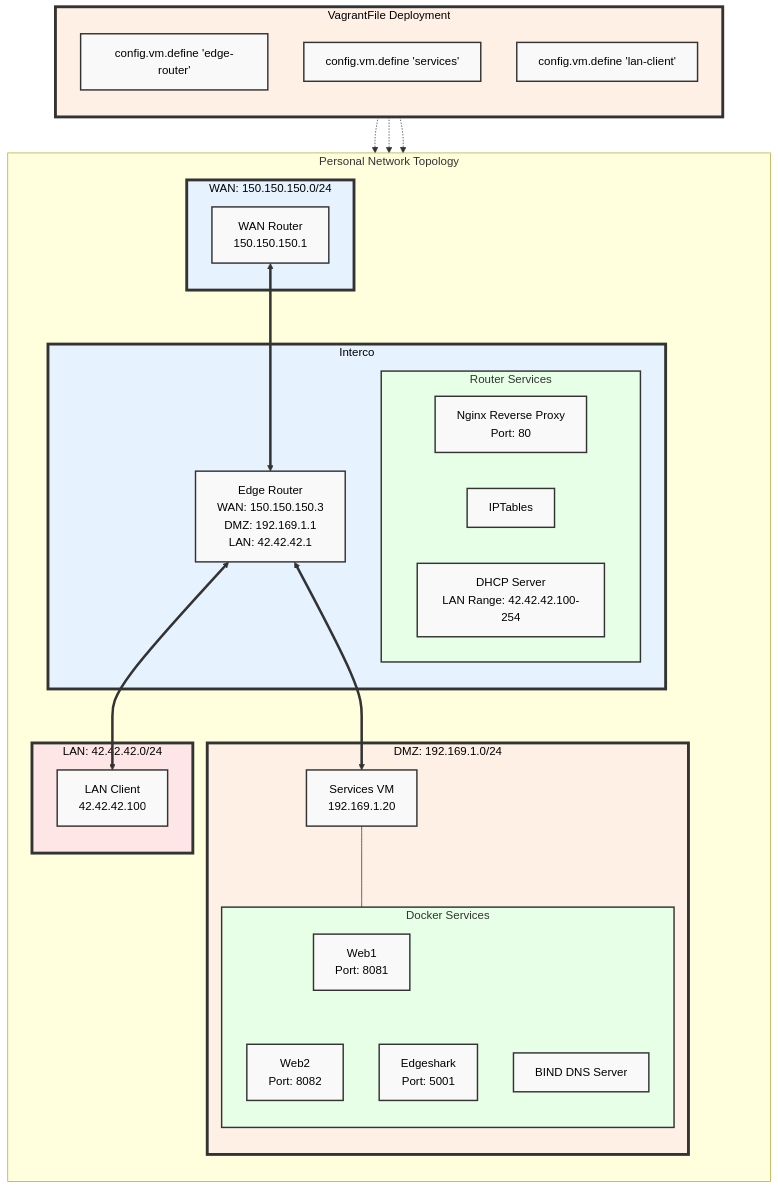
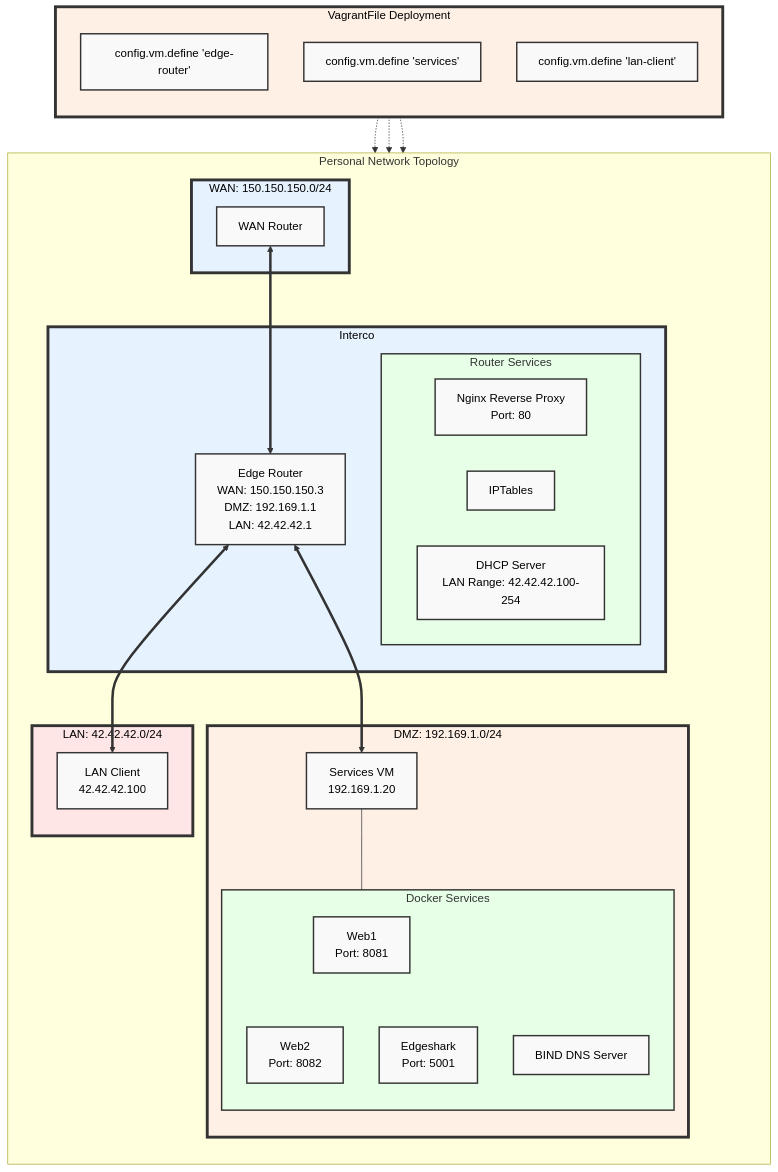
The diagram in README.md (P4C-M4N/projet_reseau), drawn with Mermaid before and after one commit.

````diff
--- a/README.md
+++ b/README.md
@@ -41,61 +41,61 @@
 ```mermaid
 graph TB
     subgraph VagrantFile[VagrantFile Deployment]
         direction TB
         style VagrantFile fill:#fff0e6,stroke:#333,stroke-width:4px
         VF1["config.vm.define 'edge-router'"]
         VF2["config.vm.define 'services'"]
         VF3["config.vm.define 'lan-client'"]
     end
 
     subgraph PersonalNetwork[Personal Network Topology]
         direction TB
         subgraph WAN[WAN: 150.150.150.0/24]
             style WAN fill:#e6f3ff,stroke:#333,stroke-width:4px
-            WANRouter[WAN Router<br>150.150.150.1]
+            WANRouter[WAN Router]
         end
 
         subgraph Interco[Interco]
             style Interco fill:#e6f3ff,stroke:#333,stroke-width:4px
             EdgeRouter[Edge Router<br>WAN: 150.150.150.3<br>DMZ: 192.169.1.1<br>LAN: 42.42.42.1]
             subgraph RouterServices[Router Services]
                 style RouterServices fill:#e6ffe6,stroke:#333,stroke-width:2px
                 NginxProxy["Nginx Reverse Proxy<br>Port: 80"]
                 IPTables["IPTables"]
                 DHCP["DHCP Server<br>LAN Range: 42.42.42.100-254"]
             end
         end
 
         subgraph DMZ[DMZ: 192.169.1.0/24]
             style DMZ fill:#fff0e6,stroke:#333,stroke-width:4px
             Services[Services VM<br>192.169.1.20]
             subgraph DockerServices[Docker Services]
                 style DockerServices fill:#e6ffe6,stroke:#333,stroke-width:2px
                 Web1["Web1<br>Port: 8081"]
                 Web2["Web2<br>Port: 8082"]
                 Edgeshark["Edgeshark<br>Port: 5001"]
                 DNS["BIND DNS Server"]
             end
         end
 
         subgraph LAN[LAN: 42.42.42.0/24]
             style LAN fill:#ffe6e6,stroke:#333,stroke-width:4px
             Client[LAN Client<br>42.42.42.100]
         end
     end
 
     WANRouter <==> EdgeRouter
     EdgeRouter <==> Client
     EdgeRouter <==> Services
     Services --- DockerServices
     DockerServices --- Web1 & Web2 & Edgeshark & DNS
     VF1 -.-> EdgeRouter
     VF2 -.-> Services
     VF3 -.-> Client
 
     classDef default fill:#f9f9f9,stroke:#333,stroke-width:2px,color:black;
     classDef vagrantFile fill:#fff0e6,stroke:#333,stroke-width:4px,color:black;
     
     class DMZ,LAN,WAN default;
     class VagrantFile,Interco default;
 ```
````
